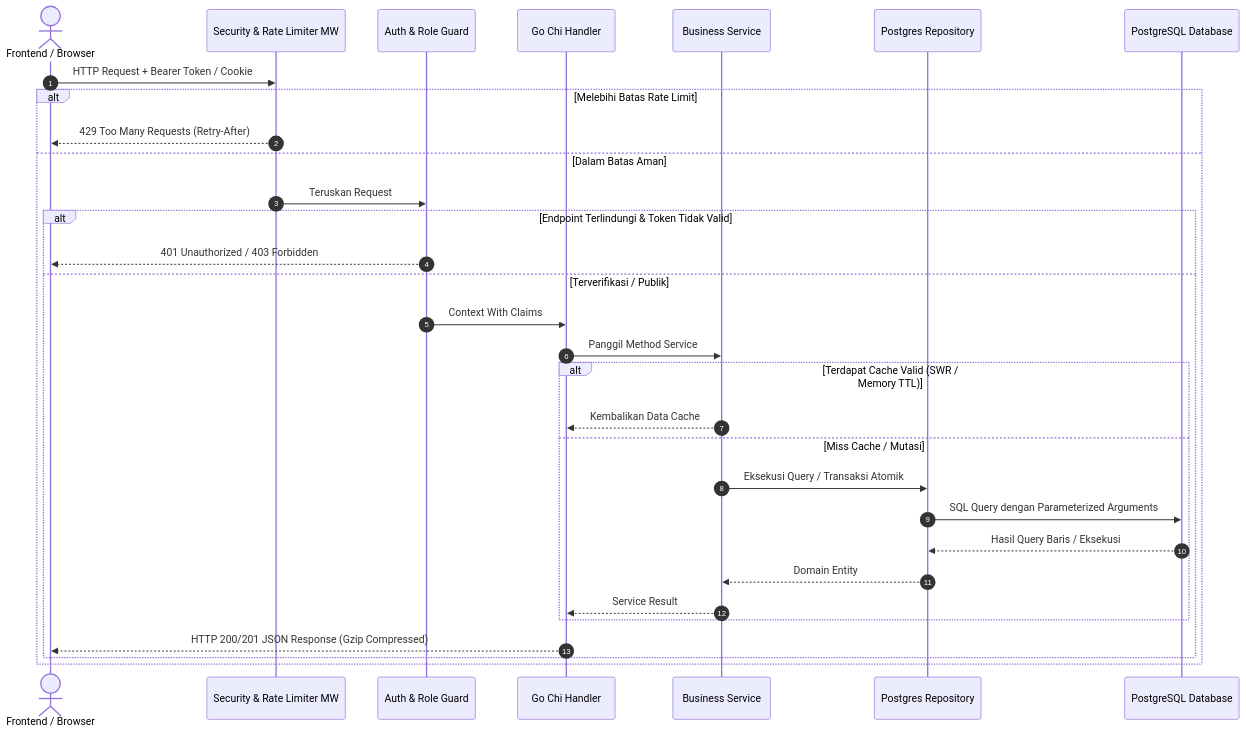
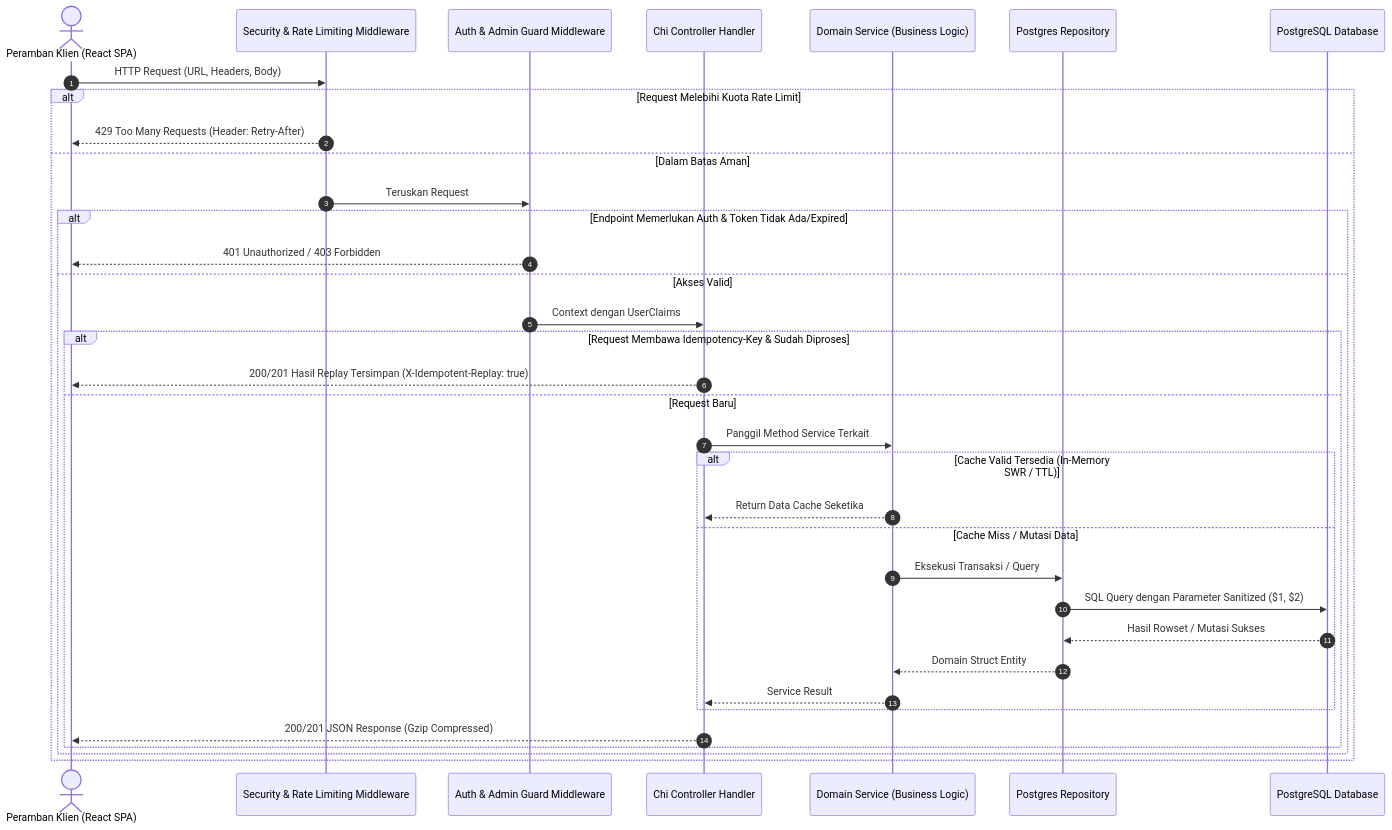
Before and after one commit to Ranggadya/Shoes4Us: the first of 3 diagrams in PROJECT.md, drawn with Mermaid. The commit also changed other lines of this file, not shown here.

Commit message:
docs(project): enrich PROJECT.md with comprehensive features, competitive advantages, security hardening, and architecture

````diff
--- a/PROJECT.md
+++ b/PROJECT.md
@@ -107,34 +209,38 @@
 ```mermaid
 sequenceDiagram
     autonumber
-    actor Client as Frontend / Browser
-    participant Sec as Security & Rate Limiter MW
-    participant Auth as Auth & Role Guard
-    participant Handler as Go Chi Handler
-    participant Svc as Business Service
+    actor Client as Peramban Klien (React SPA)
+    participant Sec as Security & Rate Limiting Middleware
+    participant Auth as Auth & Admin Guard Middleware
+    participant Handler as Chi Controller Handler
+    participant Svc as Domain Service (Business Logic)
     participant Repo as Postgres Repository
     participant DB as PostgreSQL Database
 
-    Client->>Sec: HTTP Request + Bearer Token / Cookie
-    alt Melebihi Batas Rate Limit
-        Sec-->>Client: 429 Too Many Requests (Retry-After)
+    Client->>Sec: HTTP Request (URL, Headers, Body)
+    alt Request Melebihi Kuota Rate Limit
+        Sec-->>Client: 429 Too Many Requests (Header: Retry-After)
     else Dalam Batas Aman
         Sec->>Auth: Teruskan Request
-        alt Endpoint Terlindungi & Token Tidak Valid
+        alt Endpoint Memerlukan Auth & Token Tidak Ada/Expired
             Auth-->>Client: 401 Unauthorized / 403 Forbidden
-        else Terverifikasi / Publik
-            Auth->>Handler: Context With Claims
-            Handler->>Svc: Panggil Method Service
-            alt Terdapat Cache Valid (SWR / Memory TTL)
-                Svc-->>Handler: Kembalikan Data Cache
-            else Miss Cache / Mutasi
-                Svc->>Repo: Eksekusi Query / Transaksi Atomik
-                Repo->>DB: SQL Query dengan Parameterized Arguments
-                DB-->>Repo: Hasil Query Baris / Eksekusi
-                Repo-->>Svc: Domain Entity
-                Svc-->>Handler: Service Result
+        else Akses Valid
+            Auth->>Handler: Context dengan UserClaims
+            alt Request Membawa Idempotency-Key & Sudah Diproses
+                Handler-->>Client: 200/201 Hasil Replay Tersimpan (X-Idempotent-Replay: true)
+            else Request Baru
+                Handler->>Svc: Panggil Method Service Terkait
+                alt Cache Valid Tersedia (In-Memory SWR / TTL)
+                    Svc-->>Handler: Return Data Cache Seketika
+                else Cache Miss / Mutasi Data
+                    Svc->>Repo: Eksekusi Transaksi / Query
+                    Repo->>DB: SQL Query dengan Parameter Sanitized ($1, $2)
+                    DB-->>Repo: Hasil Rowset / Mutasi Sukses
+                    Repo-->>Svc: Domain Struct Entity
+                    Svc-->>Handler: Service Result
+                end
+                Handler-->>Client: 200/201 JSON Response (Gzip Compressed)
             end
-            Handler-->>Client: HTTP 200/201 JSON Response (Gzip Compressed)
         end
     end
 ```
````
